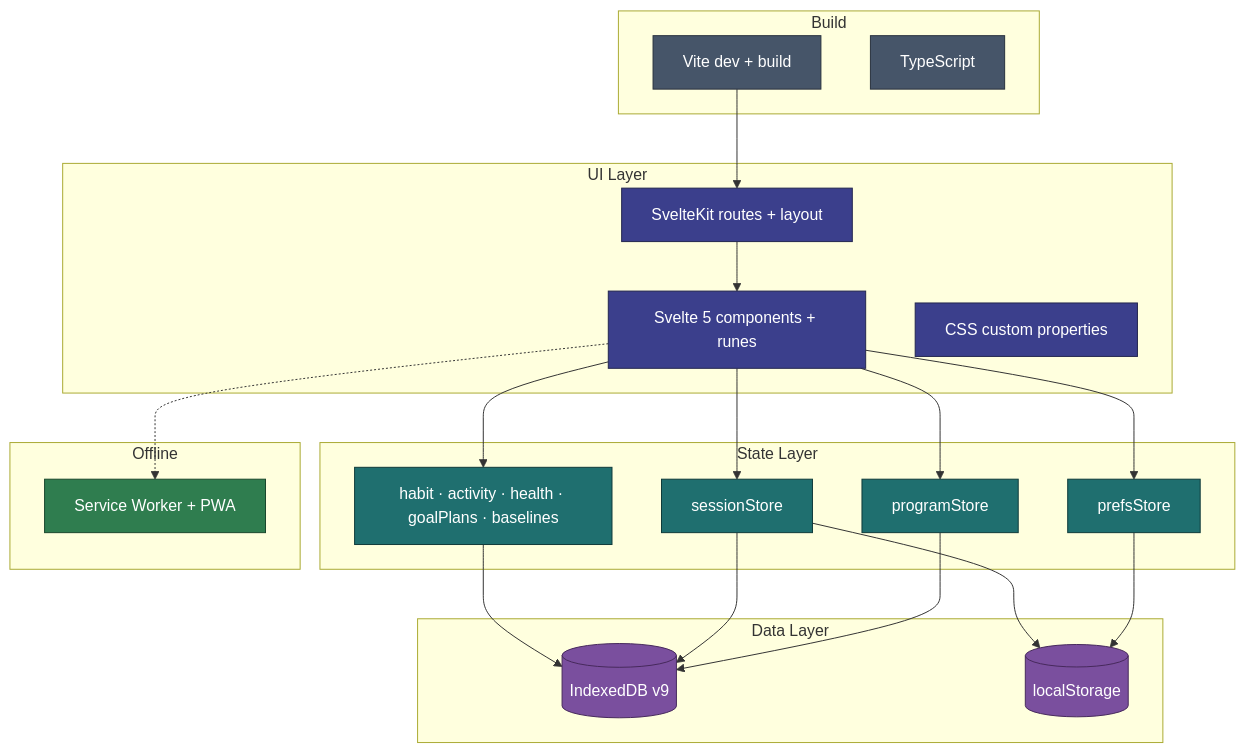
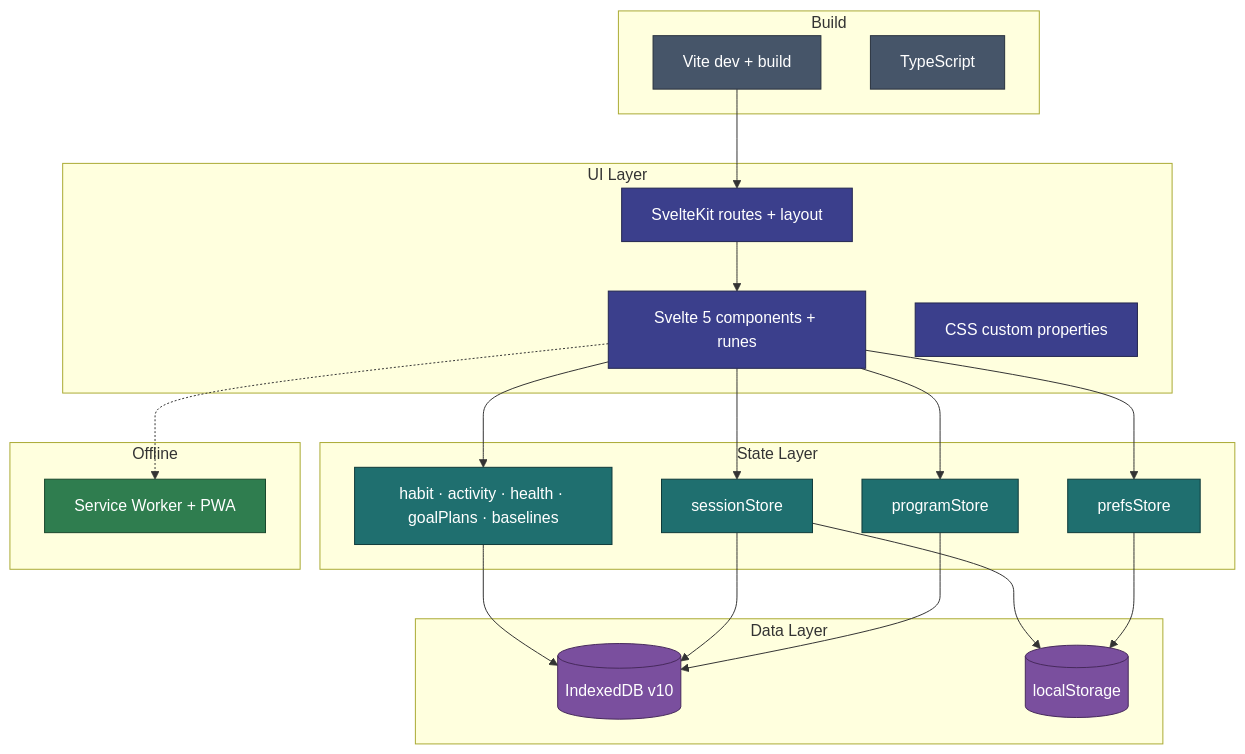
Before and after one commit to jermbo/CosmicWorkOut: the diagram in docs/architecture/tech-stack.md, drawn with Mermaid. The commit also changed 31 other files, not shown here.

````diff
--- a/docs/architecture/tech-stack.md
+++ b/docs/architecture/tech-stack.md
@@ -5,47 +5,47 @@
 ```mermaid
 flowchart TB
     subgraph ui ["UI Layer"]
         SK[SvelteKit routes + layout]
         SV[Svelte 5 components + runes]
         CSS[CSS custom properties]
     end
 
     subgraph state ["State Layer"]
         PS[programStore]
         SS[sessionStore]
         PR[prefsStore]
         HS[habit · activity · health · goalPlans · baselines]
     end
 
     subgraph data ["Data Layer"]
-        IDB[("IndexedDB v9")]
+        IDB[("IndexedDB v10")]
         LS[("localStorage")]
     end
 
     subgraph build ["Build"]
         Vite[Vite dev + build]
         TS[TypeScript]
     end
 
     subgraph offline ["Offline"]
         SW[Service Worker + PWA]
     end
 
     SK --> SV --> PS & SS & PR & HS
     PS & SS & HS --> IDB
     PR --> LS
     SS --> LS
     Vite --> SK
     SV -.-> SW
 
     classDef ui fill:#3b3f8c,stroke:#23264f,color:#ffffff;
     classDef state fill:#1f6f6f,stroke:#0f3a3a,color:#ffffff;
     classDef data fill:#7a4f9e,stroke:#46295c,color:#ffffff;
     classDef build fill:#465569,stroke:#28313e,color:#ffffff;
     classDef offline fill:#2f7d4f,stroke:#1a472d,color:#ffffff;
     class SK,SV,CSS ui;
     class PS,SS,PR,HS state;
     class IDB,LS data;
     class Vite,TS build;
     class SW offline;
 ```
````
